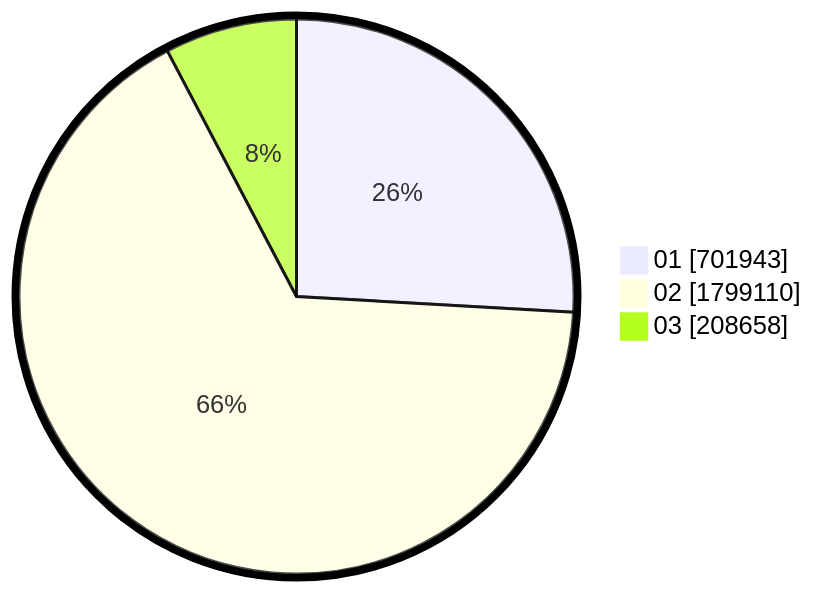
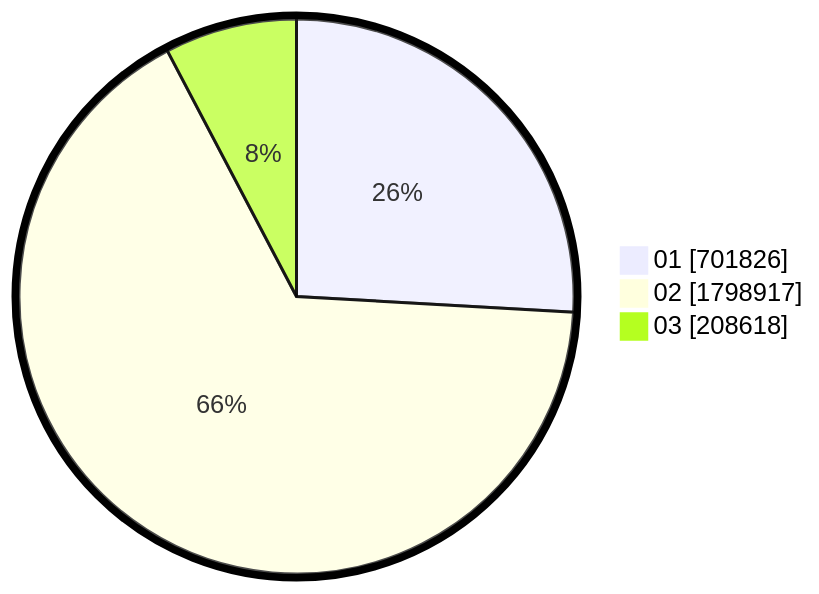
The second of 2 diagrams in pilpres/hitung-suara/sub/table-wilayah-52.md (gigit-pemilu/pemilu-2024), drawn with Mermaid before and after one commit. The commit also changed other lines of this file and 12 other files, not shown here.

````diff
--- a/pilpres/hitung-suara/sub/table-wilayah-52.md
+++ b/pilpres/hitung-suara/sub/table-wilayah-52.md
@@ -15,7 +15,7 @@
 ```mermaid
 %%{init: {"pie": {"textPosition": 0.5}, "themeVariables": {"pieOuterStrokeWidth": "5px"}} }%%
 pie showData
-    "01" : 701943
-    "02" : 1799110
-    "03" : 208658
+    "01" : 701826
+    "02" : 1798917
+    "03" : 208618
 ```
````
